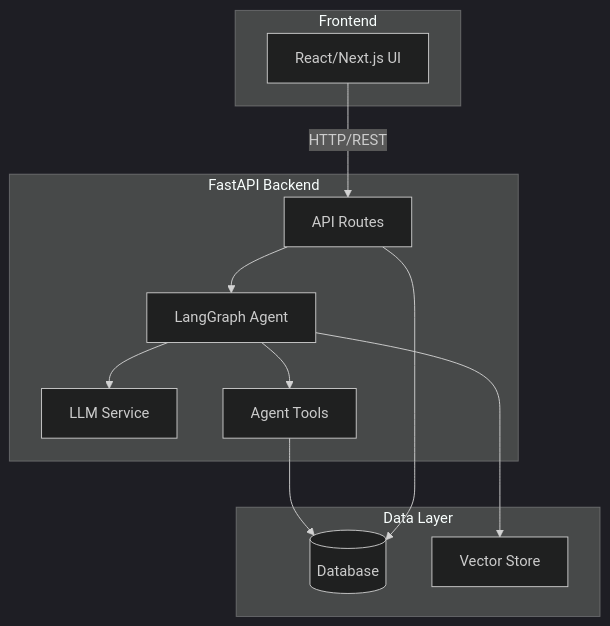
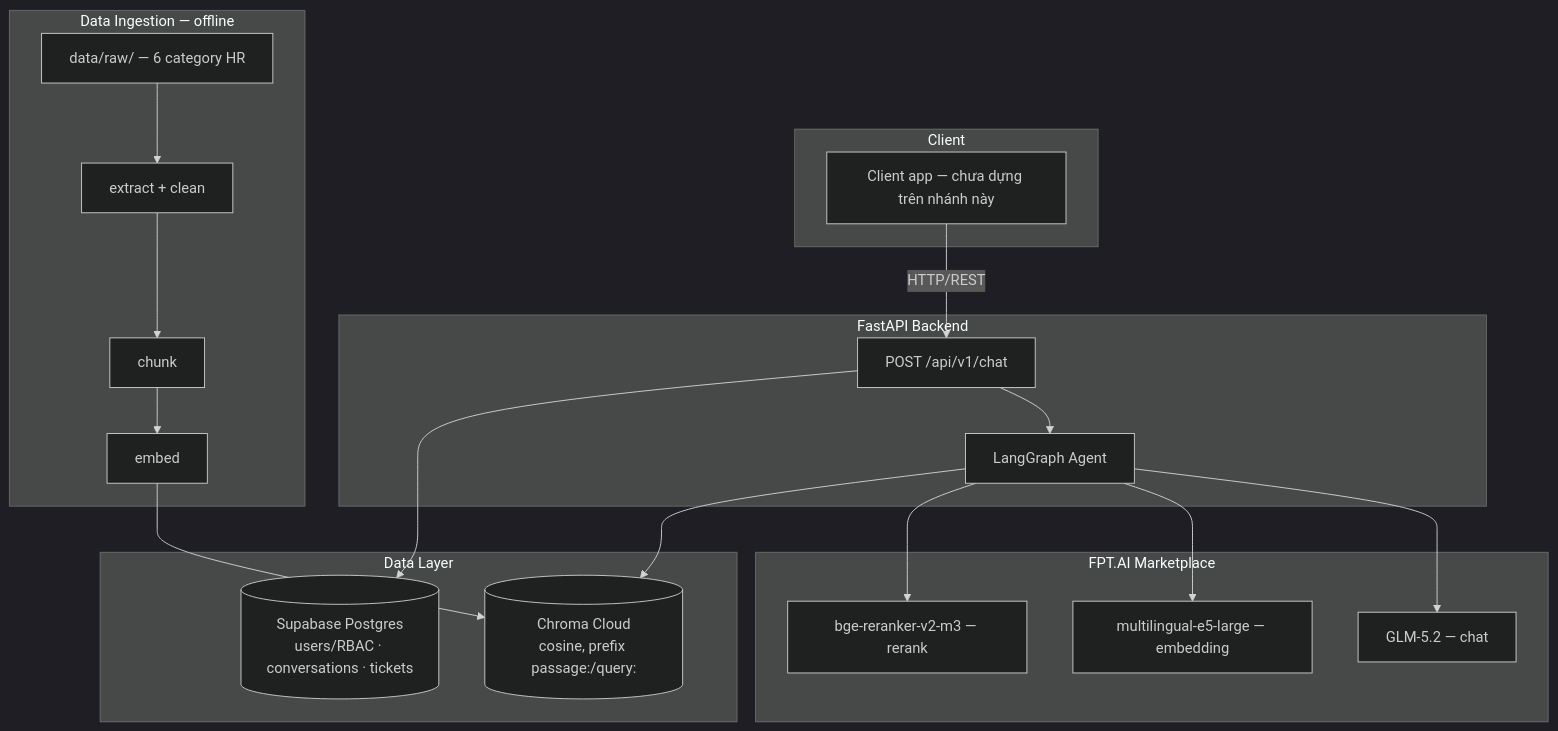
One commit to luongducthangDS/Enterprise-Document-Intelligence changed the first of 2 diagrams in ARCHITECTURE.md. Above: the diagram before and after it, drawn with Mermaid (dark theme). The commit also changed other lines of this file and 38 other files, not shown here.

````diff
--- a/ARCHITECTURE.md
+++ b/ARCHITECTURE.md
@@ -9,26 +11,34 @@
 ```mermaid
 graph TB
-    subgraph Frontend
-        UI[React/Next.js UI]
+    subgraph Client
+        UI[Client app — chưa dựng trên nhánh này]
     end
 
     subgraph Backend[FastAPI Backend]
-        API[API Routes]
+        API["POST /api/v1/chat"]
         Agent[LangGraph Agent]
-        LLM[LLM Service]
-        Tools[Agent Tools]
+    end
+
+    subgraph Gateway[FPT.AI Marketplace]
+        LLM[GLM-5.2 — chat]
+        Emb[multilingual-e5-large — embedding]
+        Rerank[bge-reranker-v2-m3 — rerank]
     end
 
     subgraph Data[Data Layer]
-        DB[(Database)]
-        Vector[Vector Store]
+        Vector[(Chroma Cloud<br/>cosine, prefix passage:/query:)]
+        SB[(Supabase Postgres<br/>users/RBAC · conversations · tickets)]
     end
 
     UI -->|HTTP/REST| API
     API --> Agent
     Agent --> LLM
-    Agent --> Tools
+    Agent --> Emb
+    Agent --> Rerank
     Agent --> Vector
-    Tools --> DB
-    API --> DB
+    API --> SB
+
+    subgraph Ingestion[Data Ingestion — offline]
+        Raw[data/raw/ — 6 category HR] --> Extract[extract + clean] --> Chunk[chunk] --> Embed[embed] --> Vector
+    end
 ```
````
